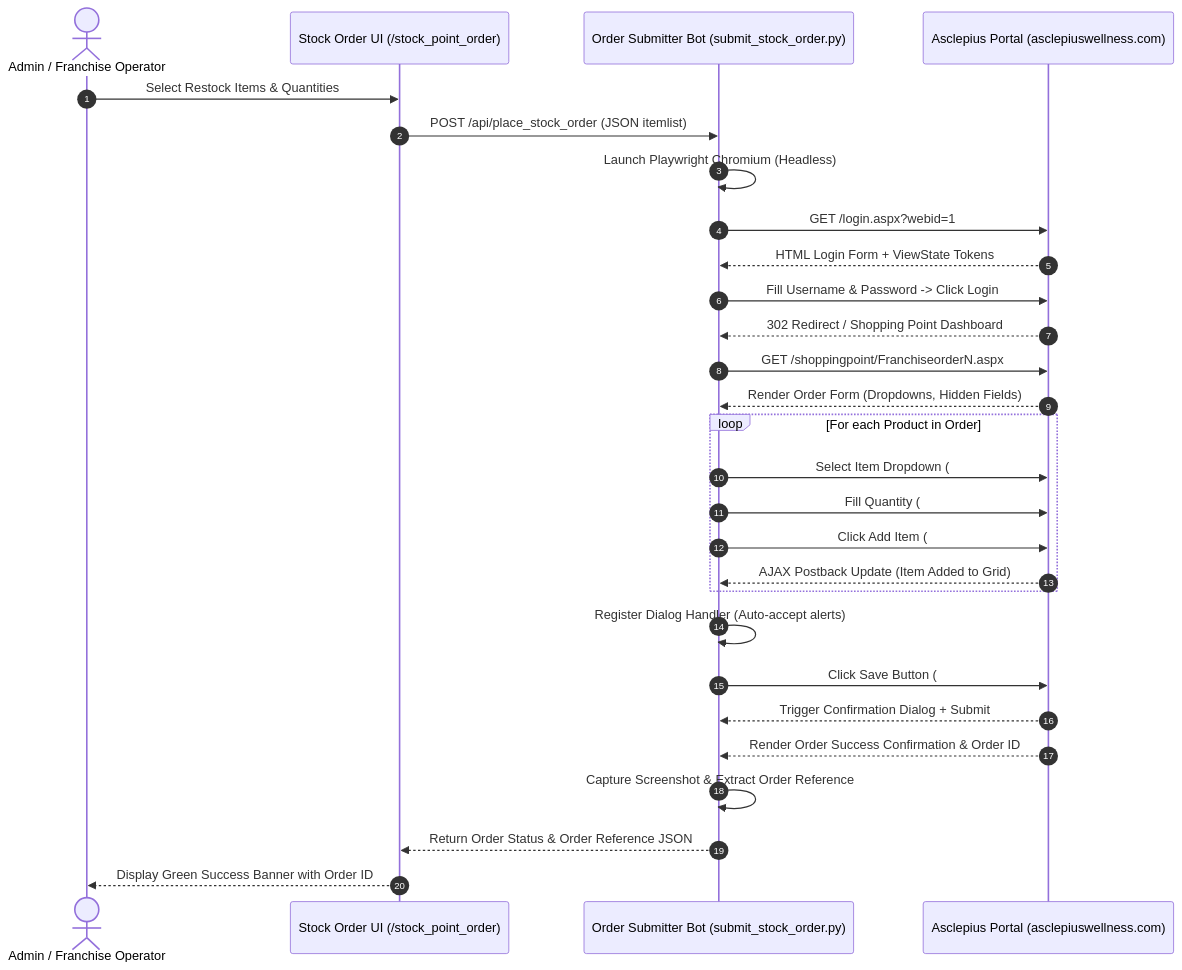
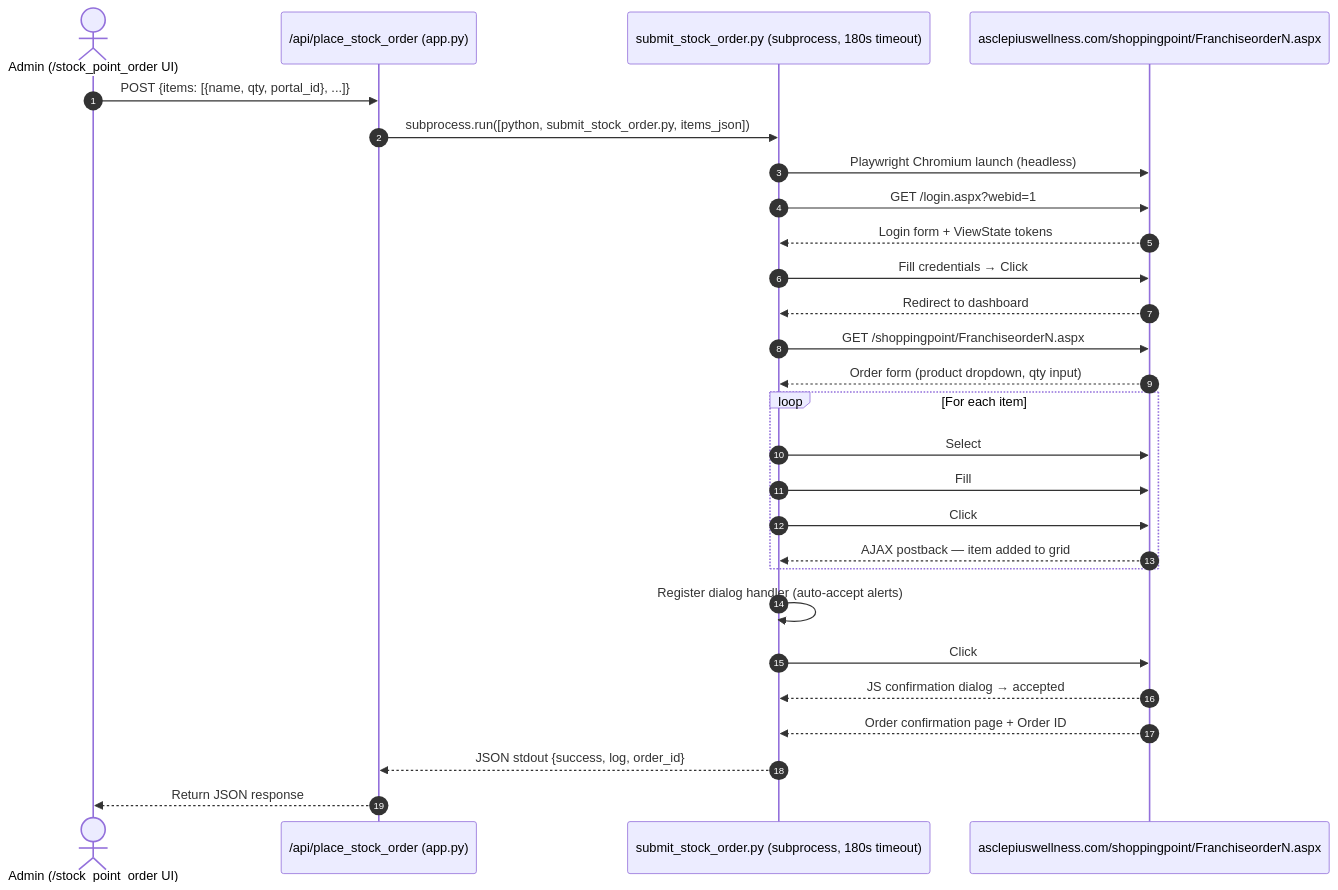
Before and after one commit to roshan-pixel/-ledger_web: the fifth of 9 diagrams in ARCHITECTURE.md, drawn with Mermaid. The commit also changed other lines of this file and 1 other file, not shown here.

Commit message:
docs: reverify and fix architecture - correct ERD, portal sync status, ledger JSON storage, DS lookup flow, scheduler timing, full API route directory

````diff
--- a/ARCHITECTURE.md
+++ b/ARCHITECTURE.md
@@ -445,36 +481,35 @@
 ```mermaid
 sequenceDiagram
     autonumber
-    actor Admin as Admin / Franchise Operator
-    participant UI as Stock Order UI (/stock_point_order)
-    participant Bot as Order Submitter Bot (submit_stock_order.py)
-    participant Portal as Asclepius Portal (asclepiuswellness.com)
+    actor Admin as Admin (/stock_point_order UI)
+    participant API as /api/place_stock_order (app.py)
+    participant Sub as submit_stock_order.py (subprocess, 180s timeout)
+    participant Portal as asclepiuswellness.com/shoppingpoint/FranchiseorderN.aspx
 
-    Admin->>UI: Select Restock Items & Quantities
-    UI->>Bot: POST /api/place_stock_order (JSON itemlist)
-    
-    Bot->>Bot: Launch Playwright Chromium (Headless)
-    Bot->>Portal: GET /login.aspx?webid=1
-    Portal-->>Bot: HTML Login Form + ViewState Tokens
-    Bot->>Portal: Fill Username & Password -> Click Login
-    Portal-->>Bot: 302 Redirect / Shopping Point Dashboard
-    
-    Bot->>Portal: GET /shoppingpoint/FranchiseorderN.aspx
-    Portal-->>Bot: Render Order Form (Dropdowns, Hidden Fields)
-    
-    loop For each Product in Order
-        Bot->>Portal: Select Item Dropdown (#ctl00_ContentPlaceHolder1_itemlist)
-        Bot->>Portal: Fill Quantity (#ctl00_ContentPlaceHolder1_txtqty)
-        Bot->>Portal: Click Add Item (#ctl00_ContentPlaceHolder1_btnadd)
-        Portal-->>Bot: AJAX Postback Update (Item Added to Grid)
+    Admin->>API: POST {items: [{name, qty, portal_id}, ...]}
+    API->>Sub: subprocess.run([python, submit_stock_order.py, items_json])
+
+    Sub->>Portal: Playwright Chromium launch (headless)
+    Sub->>Portal: GET /login.aspx?webid=1
+    Portal-->>Sub: Login form + ViewState tokens
+    Sub->>Portal: Fill credentials → Click #btnfranlogin
+    Portal-->>Sub: Redirect to dashboard
+
+    Sub->>Portal: GET /shoppingpoint/FranchiseorderN.aspx
+    Portal-->>Sub: Order form (product dropdown, qty input)
+
+    loop For each item
+        Sub->>Portal: Select #itemlist (by portal_id or name)
+        Sub->>Portal: Fill #txtqty
+        Sub->>Portal: Click #btnadd
+        Portal-->>Sub: AJAX postback — item added to grid
     end
-    
-    Bot->>Bot: Register Dialog Handler (Auto-accept alerts)
-    Bot->>Portal: Click Save Button (#ctl00_ContentPlaceHolder1_ButtonSave1)
-    Portal-->>Bot: Trigger Confirmation Dialog + Submit
-    Portal-->>Bot: Render Order Success Confirmation & Order ID
-    
-    Bot->>Bot: Capture Screenshot & Extract Order Reference
-    Bot-->>UI: Return Order Status & Order Reference JSON
-    UI-->>Admin: Display Green Success Banner with Order ID
+
+    Sub->>Sub: Register dialog handler (auto-accept alerts)
+    Sub->>Portal: Click #ButtonSave1 ("Send For Approval")
+    Portal-->>Sub: JS confirmation dialog → accepted
+    Portal-->>Sub: Order confirmation page + Order ID
+
+    Sub-->>API: JSON stdout {success, log, order_id}
+    API-->>Admin: Return JSON response
 ```
````
